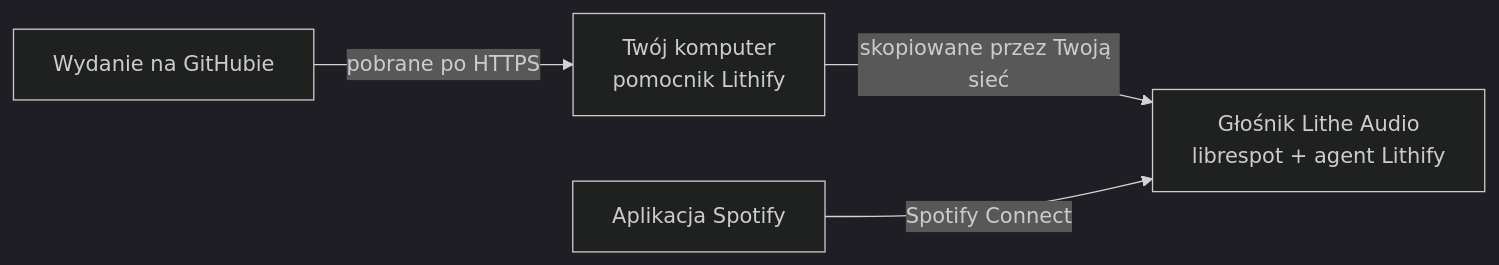
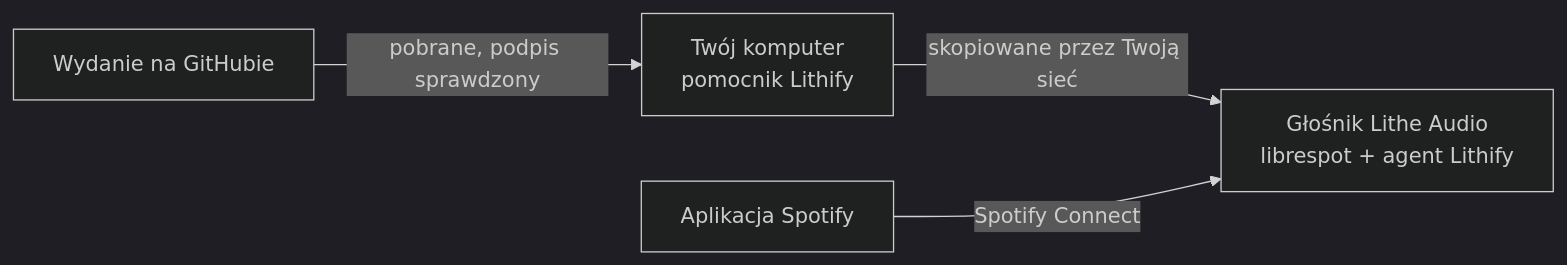
The diagram in docs/pl/README.md (TomaszKondraciuk/lithify), drawn with Mermaid (dark theme) before and after one commit. The commit also changed other lines of this file and 9 other files, not shown here.

First line of the commit message:
releases are signed: the computer checks Lithify's signature before it trusts the sums

````diff
--- a/docs/pl/README.md
+++ b/docs/pl/README.md
@@ -137,6 +137,6 @@
 ```mermaid
 flowchart LR
-    release["Wydanie na GitHubie"] -- "pobrane po HTTPS" --> computer["Twój komputer<br>pomocnik Lithify"]
+    release["Wydanie na GitHubie"] -- "pobrane, podpis sprawdzony" --> computer["Twój komputer<br>pomocnik Lithify"]
     computer -- "skopiowane przez Twoją sieć" --> speaker["Głośnik Lithe Audio<br>librespot + agent Lithify"]
     app["Aplikacja Spotify"] -- "Spotify Connect" --> speaker
 ```
````
